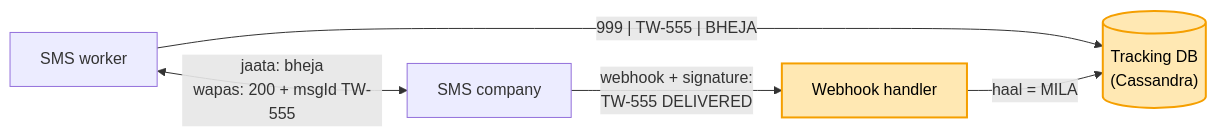
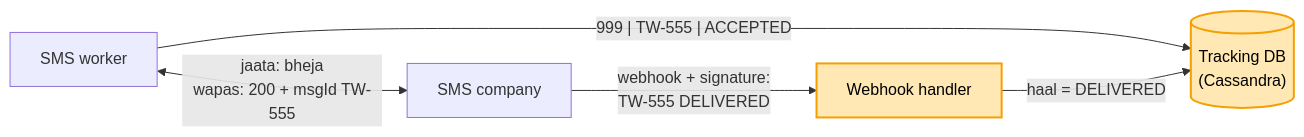
Before and after one commit to ArpanMaheshwari144/Prep: the ninth of 11 diagrams in 04_HLD/SYSTEM_DESIGNS/04_notification_system/04_notification_system.md, drawn with Mermaid. The commit also changed other lines of this file and 19 other files, not shown here.

````diff
--- a/04_HLD/SYSTEM_DESIGNS/04_notification_system/04_notification_system.md
+++ b/04_HLD/SYSTEM_DESIGNS/04_notification_system/04_notification_system.md
@@ -387,9 +398,9 @@
 ```mermaid
 flowchart LR
     WS["SMS worker"] <-->|"jaata: bheja<br/>wapas: 200 + msgId TW-555"| C["SMS company"]
-    WS -- "999 | TW-555 | BHEJA" --> T[("Tracking DB<br/>(Cassandra)")]
+    WS -- "999 | TW-555 | ACCEPTED" --> T[("Tracking DB<br/>(Cassandra)")]
     C -- "webhook + signature:<br/>TW-555 DELIVERED" --> H["Webhook handler"]
-    H -- "haal = MILA" --> T
+    H -- "haal = DELIVERED" --> T
     style T fill:#ffe8b3,stroke:#f59f00,stroke-width:2px,color:#000
     style H fill:#ffe8b3,stroke:#f59f00,stroke-width:2px,color:#000
 ```
````
